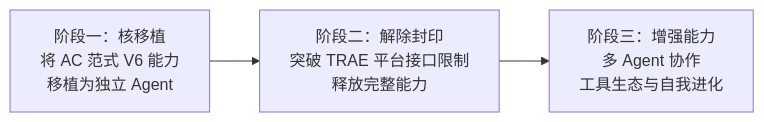
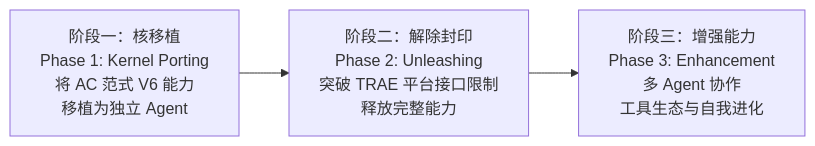
The diagram in _projects/1_project.md (jopsammy/eukaryon_project), drawn with Mermaid before and after one commit. The commit also changed other lines of this file and 100 other files, not shown here.

````diff
--- a/_projects/1_project.md
+++ b/_projects/1_project.md
@@ -26,5 +28,5 @@
 ```mermaid
 graph LR
-    A[阶段一：核移植<br/>将 AC 范式 V6 能力<br/>移植为独立 Agent] --> B[阶段二：解除封印<br/>突破 TRAE 平台接口限制<br/>释放完整能力]
-    B --> C[阶段三：增强能力<br/>多 Agent 协作<br/>工具生态与自我进化]
+    A[阶段一：核移植<br/>Phase 1: Kernel Porting<br/>将 AC 范式 V6 能力<br/>移植为独立 Agent] --> B[阶段二：解除封印<br/>Phase 2: Unleashing<br/>突破 TRAE 平台接口限制<br/>释放完整能力]
+    B --> C[阶段三：增强能力<br/>Phase 3: Enhancement<br/>多 Agent 协作<br/>工具生态与自我进化]
 ```
````
